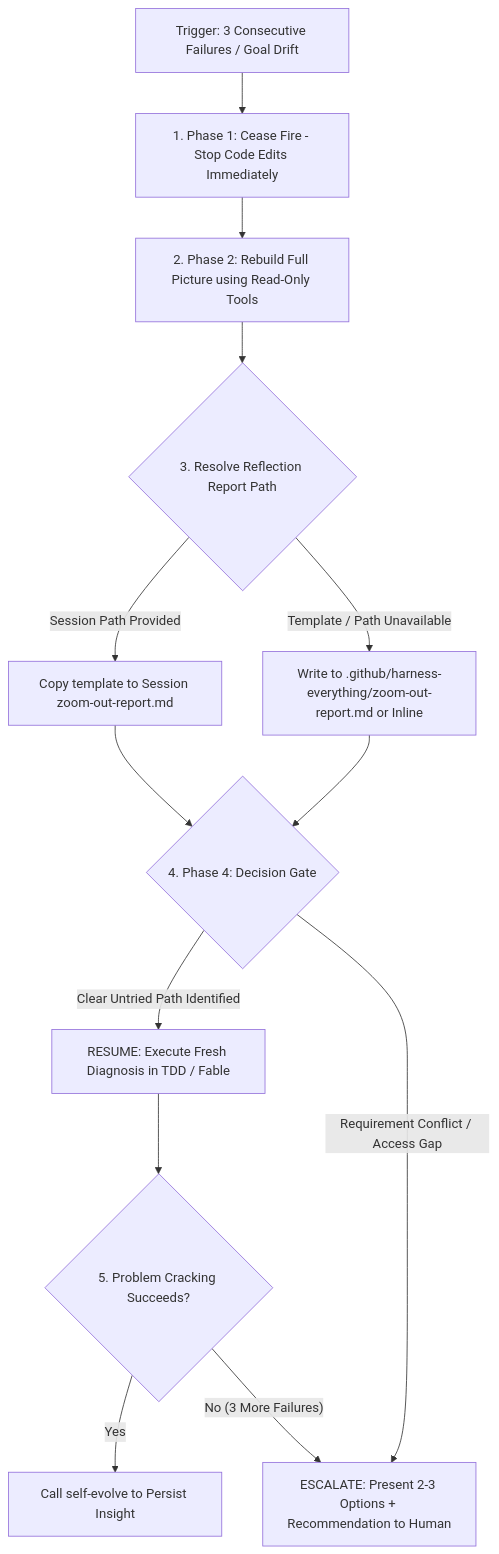
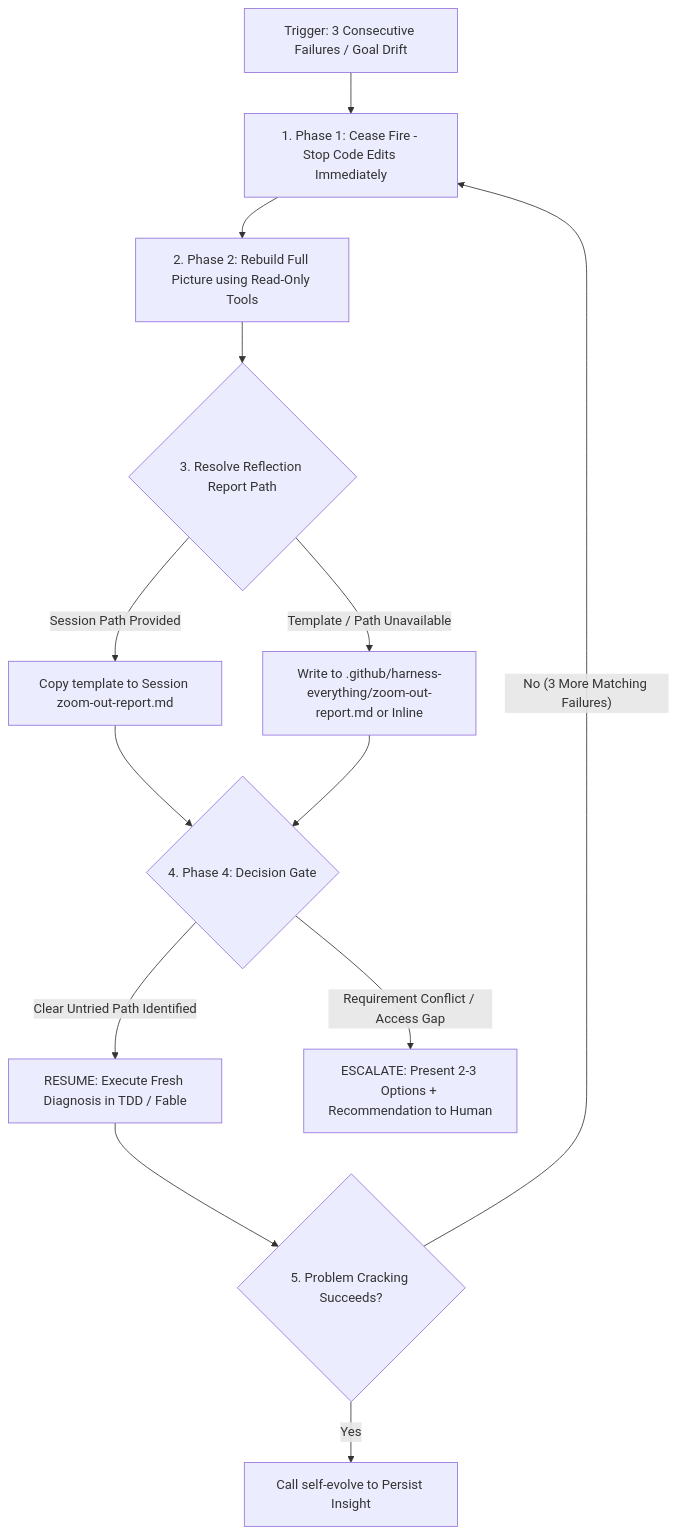
Before and after one commit to dyphn1/Harness-everything: the diagram in zoom-out/references/circuit-breaker.md, drawn with Mermaid. The commit also changed other lines of this file and 19 other files, not shown here.

````diff
--- a/zoom-out/references/circuit-breaker.md
+++ b/zoom-out/references/circuit-breaker.md
@@ -7,19 +7,19 @@
 ```mermaid
 flowchart TD
     Start[Trigger: 3 Consecutive Failures / Goal Drift] --> CeaseFire[1. Phase 1: Cease Fire - Stop Code Edits Immediately]
     CeaseFire --> Rebuild[2. Phase 2: Rebuild Full Picture using Read-Only Tools]
     Rebuild --> CheckPath{3. Resolve Reflection Report Path}
 
     CheckPath -- Session Path Provided --> WriteSession[Copy template to Session zoom-out-report.md]
     CheckPath -- Template / Path Unavailable --> WritePlatform[Write to .github/harness-everything/zoom-out-report.md or Inline]
 
     WriteSession --> DecisionGate{4. Phase 4: Decision Gate}
     WritePlatform --> DecisionGate
 
     DecisionGate -- Clear Untried Path Identified --> Resume[RESUME: Execute Fresh Diagnosis in TDD / Fable]
     DecisionGate -- Requirement Conflict / Access Gap --> Escalate[ESCALATE: Present 2-3 Options + Recommendation to Human]
 
     Resume --> Resolved{5. Problem Cracking Succeeds?}
     Resolved -- Yes --> SelfEvolve[Call self-evolve to Persist Insight]
-    Resolved -- No (3 More Failures) --> Escalate
+    Resolved -- No (3 More Matching Failures) --> CeaseFire
 ```
````
